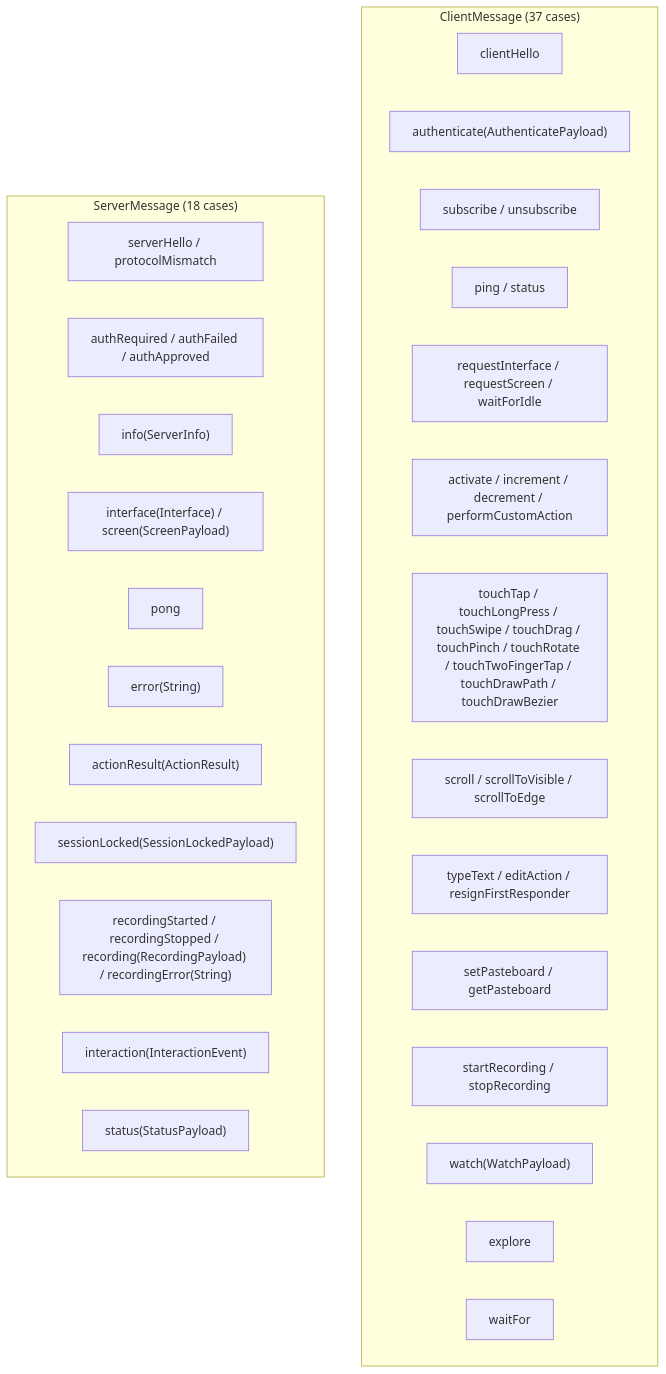
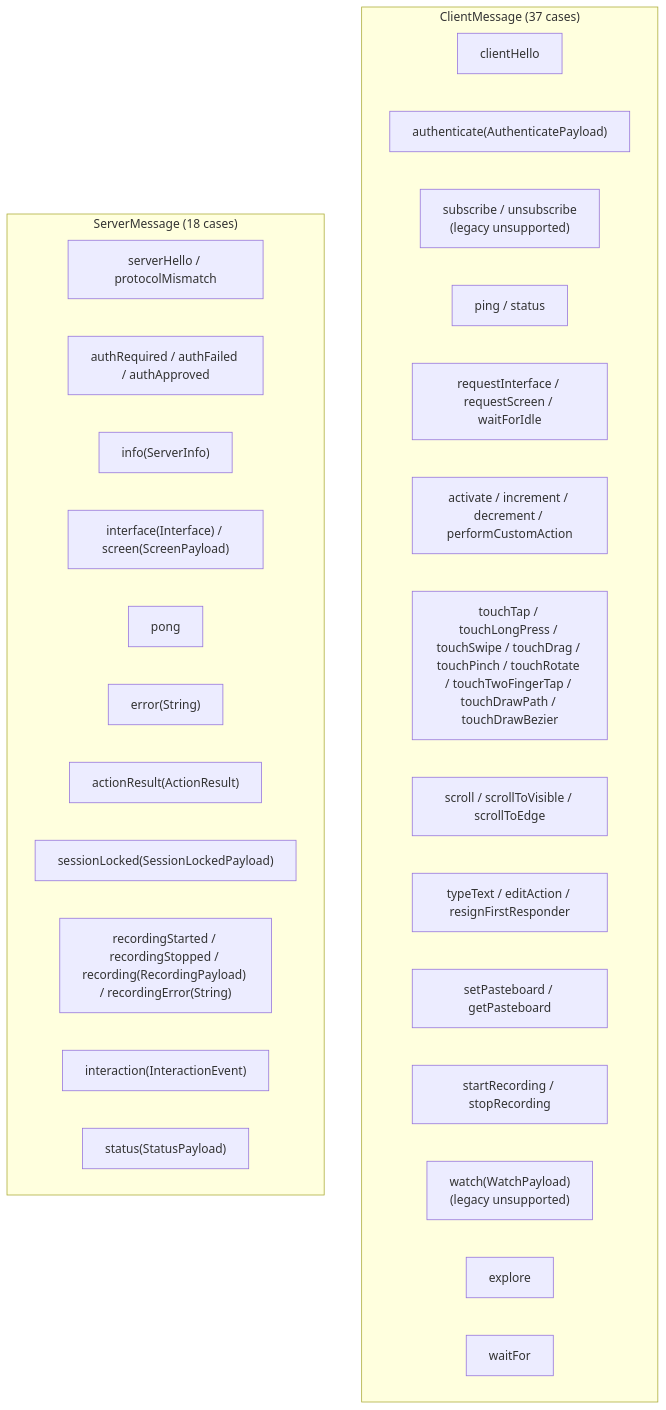
The second of 7 diagrams in docs/dossiers/18-THESCORE.md (RoyalPineapple/TheButtonHeist), drawn with Mermaid before and after one commit. The commit also changed other lines of this file and 35 other files, not shown here.

````diff
--- a/docs/dossiers/18-THESCORE.md
+++ b/docs/dossiers/18-THESCORE.md
@@ -81,33 +81,33 @@
 ```mermaid
 graph TD
     subgraph ClientMessages["ClientMessage (37 cases)"]
         Hello["clientHello"]
         Auth["authenticate(AuthenticatePayload)"]
-        Sub["subscribe / unsubscribe"]
+        Sub["subscribe / unsubscribe<br/>(legacy unsupported)"]
         Ping["ping / status"]
         Query["requestInterface / requestScreen / waitForIdle"]
         Actions["activate / increment / decrement / performCustomAction"]
         Touch["touchTap / touchLongPress / touchSwipe / touchDrag / touchPinch / touchRotate / touchTwoFingerTap / touchDrawPath / touchDrawBezier"]
         Scroll["scroll / scrollToVisible / scrollToEdge"]
         Text["typeText / editAction / resignFirstResponder"]
         Pasteboard["setPasteboard / getPasteboard"]
         Recording["startRecording / stopRecording"]
-        Watch["watch(WatchPayload)"]
+        Watch["watch(WatchPayload)<br/>(legacy unsupported)"]
         Explore["explore"]
         WaitFor["waitFor"]
     end
 
     subgraph ServerMessages["ServerMessage (18 cases)"]
         HelloResp["serverHello / protocolMismatch"]
         AuthResp["authRequired / authFailed / authApproved"]
         Info["info(ServerInfo)"]
         Data["interface(Interface) / screen(ScreenPayload)"]
         Pong["pong"]
         Error["error(String)"]
         Action["actionResult(ActionResult)"]
         Session["sessionLocked(SessionLockedPayload)"]
         Rec["recordingStarted / recordingStopped / recording(RecordingPayload) / recordingError(String)"]
         Interaction["interaction(InteractionEvent)"]
         Status["status(StatusPayload)"]
     end
 ```
````
